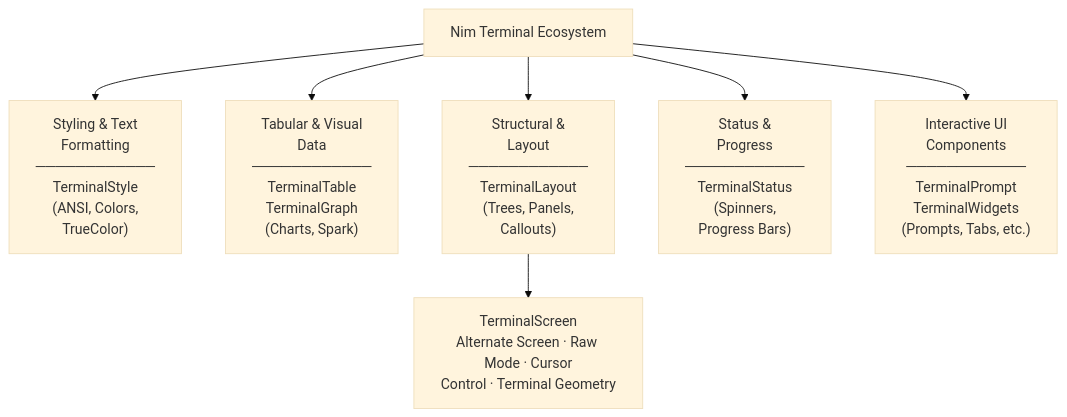
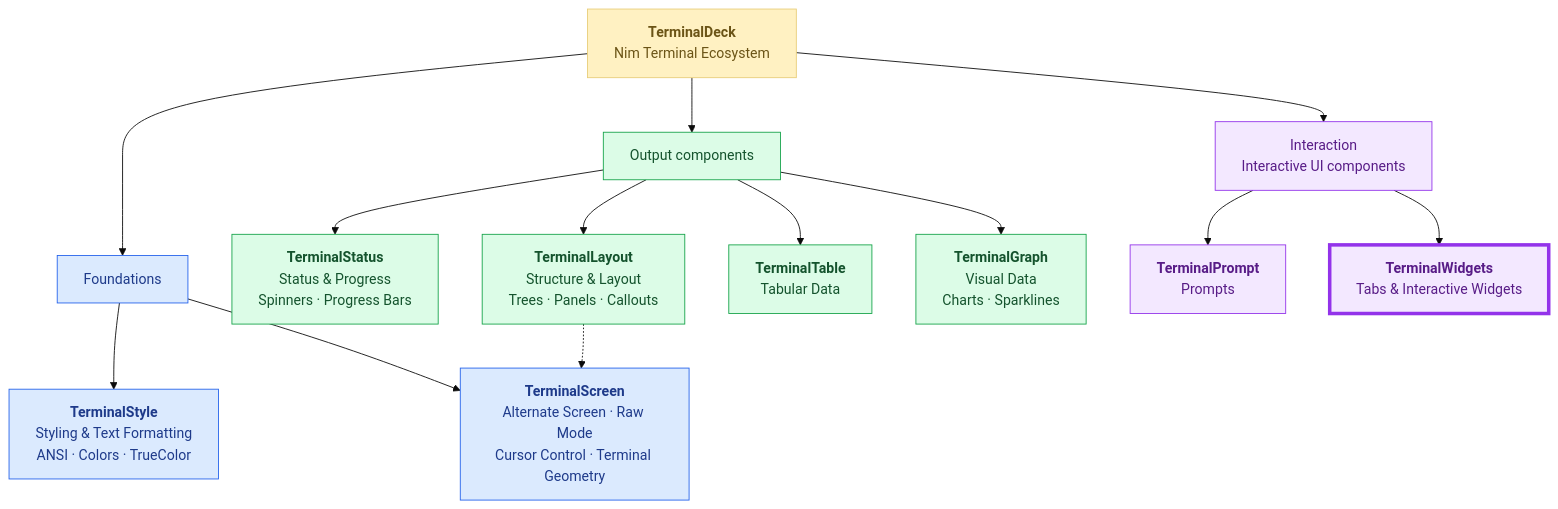
Before and after one commit to titanomachy/terminal-widgets: the diagram in README.md, drawn with Mermaid (base theme). The commit also changed other lines of this file, not shown here.

Commit message:
Refactor TerminalDeck diagram

````diff
--- a/README.md
+++ b/README.md
@@ -40,12 +25,33 @@
 ```mermaid
 flowchart TB
-  ecosystem["Nim Terminal Ecosystem"]
+  terminalDeck["<b>TerminalDeck</b><br/>Nim Terminal Ecosystem"]
 
-  ecosystem --> styling["Styling & Text<br/>Formatting<br/>────────────<br/>TerminalStyle<br/>(ANSI, Colors,<br/>TrueColor)"]
-  ecosystem --> data["Tabular & Visual<br/>Data<br/>────────────<br/>TerminalTable<br/>TerminalGraph<br/>(Charts, Spark)"]
-  ecosystem --> layout["Structural &<br/>Layout<br/>────────────<br/>TerminalLayout<br/>(Trees, Panels,<br/>Callouts)"]
-  ecosystem --> status["Status &<br/>Progress<br/>────────────<br/>TerminalStatus<br/>(Spinners,<br/>Progress Bars)"]
-  ecosystem --> interaction["Interactive UI<br/>Components<br/>────────────<br/>TerminalPrompt<br/>TerminalWidgets<br/>(Prompts, Tabs, etc.)"]
+  terminalDeck --> foundations["Foundations"]
+  terminalDeck --> outputComponents["Output components"]
+  terminalDeck --> interaction["Interaction<br/>Interactive UI components"]
 
-  layout --> terminalScreen["TerminalScreen<br/>Alternate Screen · Raw Mode · Cursor<br/>Control · Terminal Geometry"]
+  foundations --> terminalStyle["<b>TerminalStyle</b><br/>Styling & Text Formatting<br/>ANSI · Colors · TrueColor"]
+  foundations --> terminalScreen["<b>TerminalScreen</b><br/>Alternate Screen · Raw Mode<br/>Cursor Control · Terminal Geometry"]
+
+  outputComponents --> terminalStatus["<b>TerminalStatus</b><br/>Status & Progress<br/>Spinners · Progress Bars"]
+  outputComponents --> terminalLayout["<b>TerminalLayout</b><br/>Structure & Layout<br/>Trees · Panels · Callouts"]
+  outputComponents --> terminalTable["<b>TerminalTable</b><br/>Tabular Data"]
+  outputComponents --> terminalGraph["<b>TerminalGraph</b><br/>Visual Data<br/>Charts · Sparklines"]
+
+  interaction --> terminalPrompt["<b>TerminalPrompt</b><br/>Prompts"]
+  interaction --> terminalWidgets["<b>TerminalWidgets</b><br/>Tabs & Interactive Widgets<br/>"]
+
+  terminalLayout -.-> terminalScreen
+
+  classDef deckColor fill:#fff1c2,stroke:#e8cd78,color:#6b5416;
+  classDef foundationColor fill:#dbeafe,stroke:#2563eb,color:#1e3a8a;
+  classDef outputColor fill:#dcfce7,stroke:#16a34a,color:#14532d;
+  classDef interactionColor fill:#f3e8ff,stroke:#9333ea,color:#581c87;
+  classDef currentPackage stroke:#9333ea,stroke-width:4px;
+
+  class terminalDeck deckColor;
+  class foundations,terminalStyle,terminalScreen foundationColor;
+  class outputComponents,terminalStatus,terminalLayout,terminalTable,terminalGraph outputColor;
+  class interaction,terminalPrompt,terminalWidgets interactionColor;
+  class terminalWidgets currentPackage;
 ```
````
